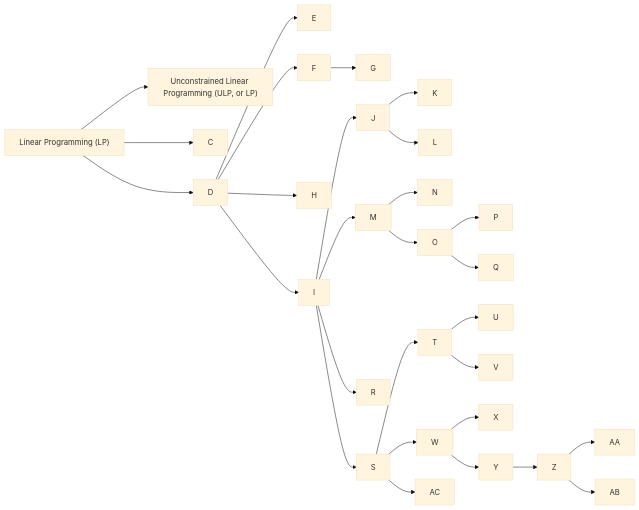
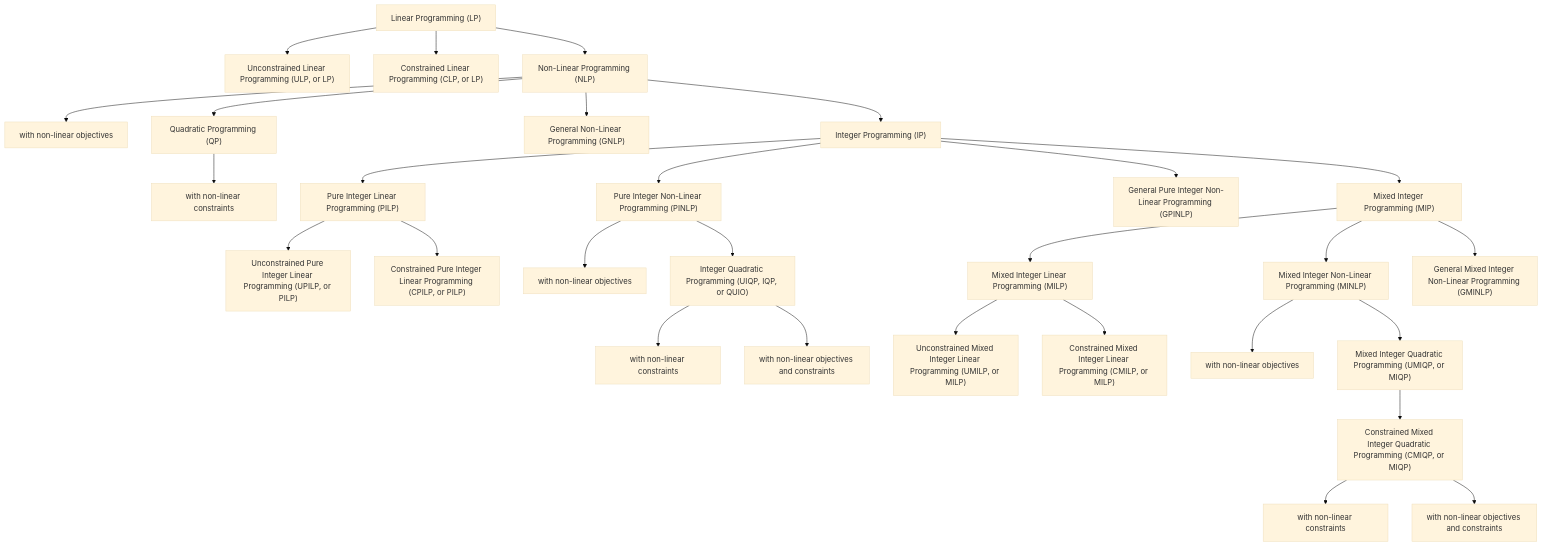
The diagram in README.md (ktafakkori/feloopy), drawn with Mermaid (base theme) before and after one commit.

Commit message:
revised files.

````diff
--- a/README.md
+++ b/README.md
@@ -68,33 +68,60 @@
 ```mermaid
-graph LR
+graph TD
  A["Linear Programming (LP)"]
  B["Unconstrained Linear Programming (ULP, or LP)"]
+ C["Constrained Linear Programming (CLP, or LP)"]
+ D["Non-Linear Programming (NLP)"]
+ E["with non-linear objectives"]
+ F["Quadratic Programming (QP)"]
+ G["with non-linear constraints"]
+ H["General Non-Linear Programming (GNLP)"]
+ I["Integer Programming (IP)"]
+ J["Pure Integer Linear Programming (PILP)"]
+ K["Unconstrained Pure Integer Linear Programming (UPILP, or PILP)"]
+ L["Constrained Pure Integer Linear Programming (CPILP, or PILP)"]
+ M["Pure Integer Non-Linear Programming (PINLP)"]
+ N["with non-linear objectives"]
+ O["Integer Quadratic Programming (UIQP, IQP, or QUIO)"]
+ P["with non-linear constraints"]
+ Q["with non-linear objectives and constraints"]
+ R["General Pure Integer Non-Linear Programming (GPINLP)"]
+ S["Mixed Integer Programming (MIP)"]
+ T["Mixed Integer Linear Programming (MILP)"]
+ U["Unconstrained Mixed Integer Linear Programming (UMILP, or MILP)"]
+ V["Constrained Mixed Integer Linear Programming (CMILP, or MILP)"]
+ W["Mixed Integer Non-Linear Programming (MINLP)"]
+ X["with non-linear objectives"]
+ Y["Mixed Integer Quadratic Programming (UMIQP, or MIQP)"]
+ Z["Constrained Mixed Integer Quadratic Programming (CMIQP, or MIQP)"]
+ AA["with non-linear constraints"]
+ AB["with non-linear objectives and constraints"]
+ AC["General Mixed Integer Non-Linear Programming (GMINLP)"]
  A --> B
  A --> C
  A --> D
  D --> E
  D --> F
  F --> G
  D --> H
  D --> I
  I --> J
  J --> K
  J --> L
  I --> M
  M --> N
  M --> O
  O --> P
  O --> Q
  I --> R
  I --> S
  S --> T
  T --> U
  T --> V
  S --> W
  W --> X
  W --> Y
  Y --> Z
  Z --> AA
  Z --> AB
  S --> AC
 ```
````
